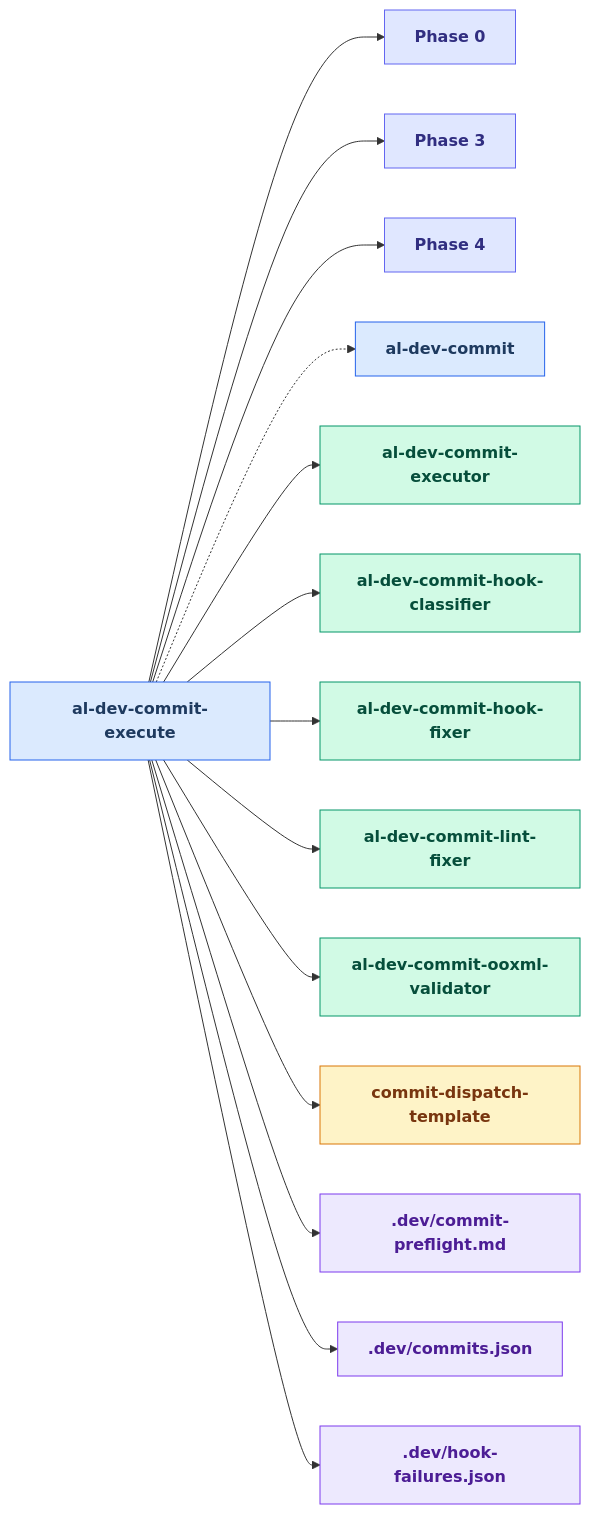
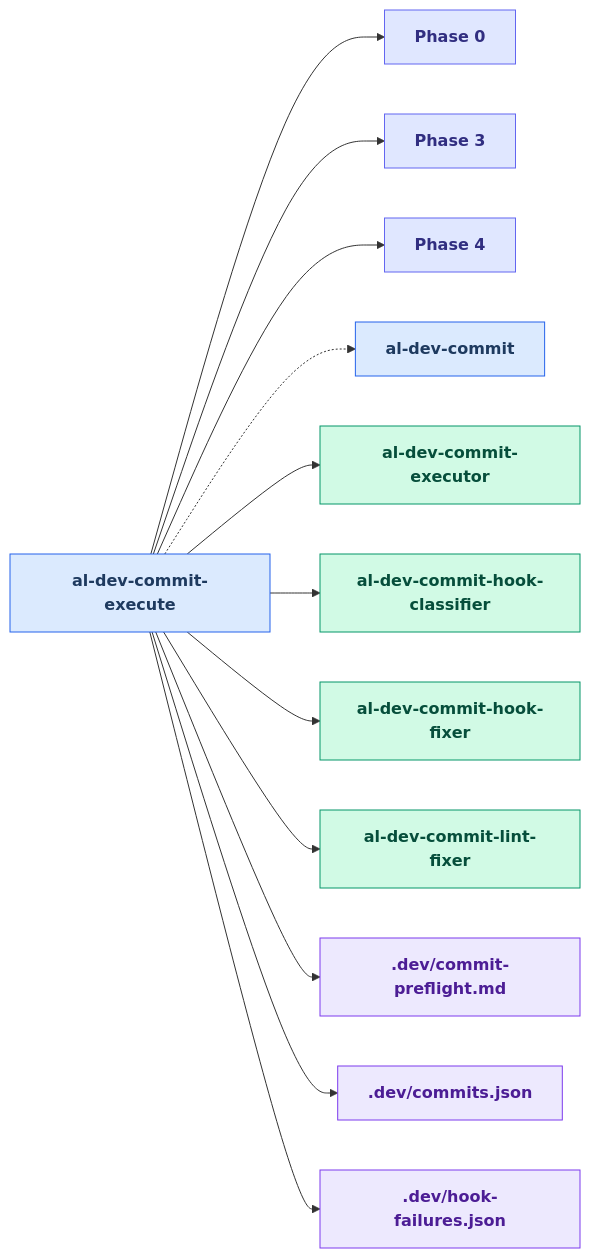
Before and after one commit to russell-laing/al-dev-shared: diagram 14 of 24 in docs/al-dev-skills-map.md, drawn with Mermaid. The commit also changed other lines of this file and 5 other files, not shown here.

````diff
--- a/docs/al-dev-skills-map.md
+++ b/docs/al-dev-skills-map.md
@@ -716,52 +713,46 @@
 ```mermaid
 flowchart LR
     classDef skillNode fill:#dbeafe,stroke:#2563eb,color:#1e3a5f,font-weight:bold
     classDef agentNode fill:#d1fae5,stroke:#059669,color:#064e3b,font-weight:bold
     classDef knowledgeNode fill:#fef3c7,stroke:#d97706,color:#78350f,font-weight:bold
     classDef artifactNode fill:#ede9fe,stroke:#7c3aed,color:#4c1d95,font-weight:bold
     classDef phaseNode fill:#e0e7ff,stroke:#6366f1,color:#312e81,font-weight:bold
 
     skill_al_dev_commit_execute[al-dev-commit-execute]
     Phase0["Phase 0"]
     Phase3["Phase 3"]
     Phase4["Phase 4"]
     skill_al_dev_commit[al-dev-commit]
     agent_al_dev_commit_executor[al-dev-commit-executor]
     agent_al_dev_commit_hook_classifier[al-dev-commit-hook-classifier]
     agent_al_dev_commit_hook_fixer[al-dev-commit-hook-fixer]
     agent_al_dev_commit_lint_fixer[al-dev-commit-lint-fixer]
-    agent_al_dev_commit_ooxml_validator[al-dev-commit-ooxml-validator]
-    knowledge_commit_dispatch_template_md[commit-dispatch-template]
     artifact_commit_preflight_md[.dev/commit-preflight.md]
     artifact_commits_json[.dev/commits.json]
     artifact_hook_failures_json[.dev/hook-failures.json]
 
     skill_al_dev_commit_execute --> Phase0
     skill_al_dev_commit_execute --> Phase3
     skill_al_dev_commit_execute --> Phase4
     skill_al_dev_commit_execute -.-> skill_al_dev_commit
     skill_al_dev_commit_execute --> agent_al_dev_commit_executor
     skill_al_dev_commit_execute --> agent_al_dev_commit_hook_classifier
     skill_al_dev_commit_execute --> agent_al_dev_commit_hook_fixer
     skill_al_dev_commit_execute --> agent_al_dev_commit_lint_fixer
-    skill_al_dev_commit_execute --> agent_al_dev_commit_ooxml_validator
-    skill_al_dev_commit_execute --> knowledge_commit_dispatch_template_md
     skill_al_dev_commit_execute --> artifact_commit_preflight_md
     skill_al_dev_commit_execute --> artifact_commits_json
     skill_al_dev_commit_execute --> artifact_hook_failures_json
 
     class skill_al_dev_commit_execute skillNode
     class Phase0 phaseNode
     class Phase3 phaseNode
     class Phase4 phaseNode
     class skill_al_dev_commit skillNode
     class agent_al_dev_commit_executor agentNode
     class agent_al_dev_commit_hook_classifier agentNode
     class agent_al_dev_commit_hook_fixer agentNode
     class agent_al_dev_commit_lint_fixer agentNode
-    class agent_al_dev_commit_ooxml_validator agentNode
-    class knowledge_commit_dispatch_template_md knowledgeNode
     class artifact_commit_preflight_md artifactNode
     class artifact_commits_json artifactNode
     class artifact_hook_failures_json artifactNode
 ```
````
